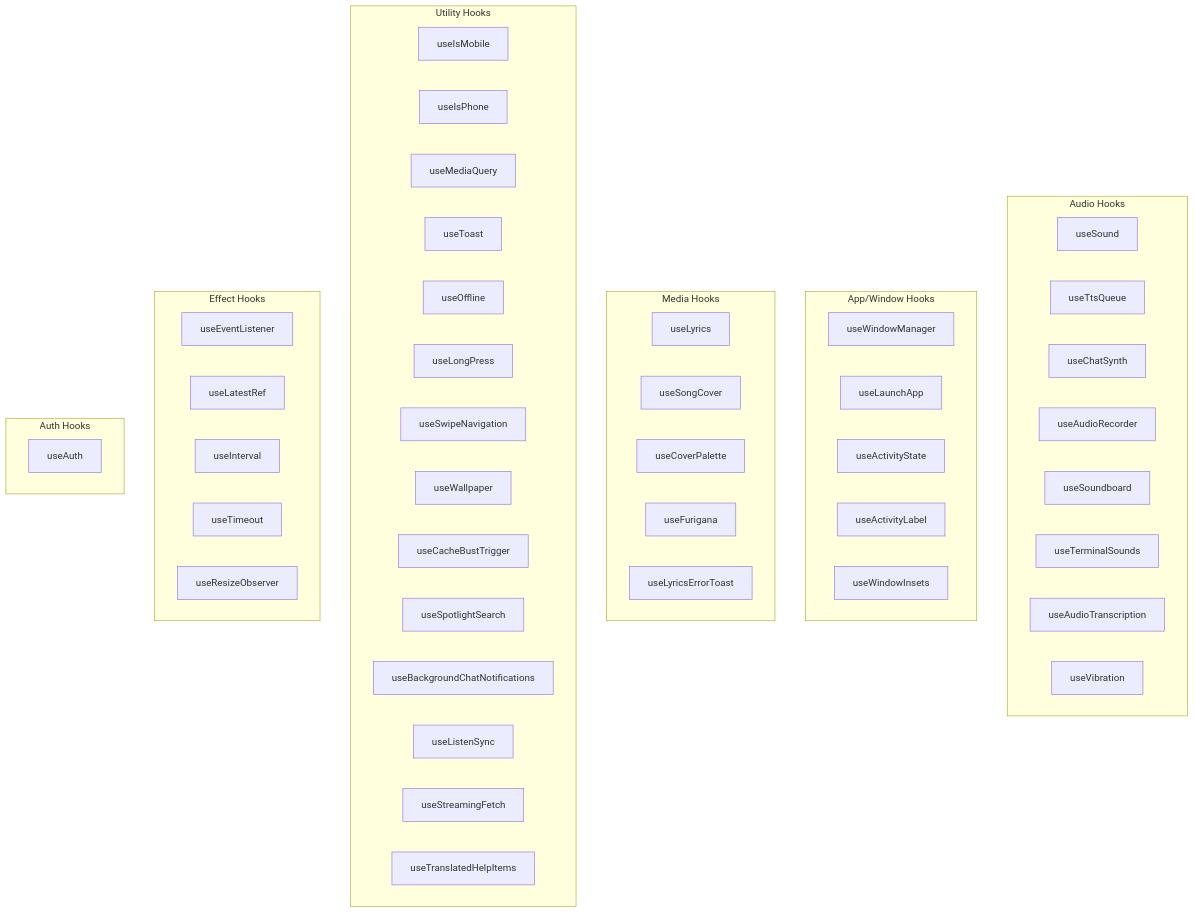
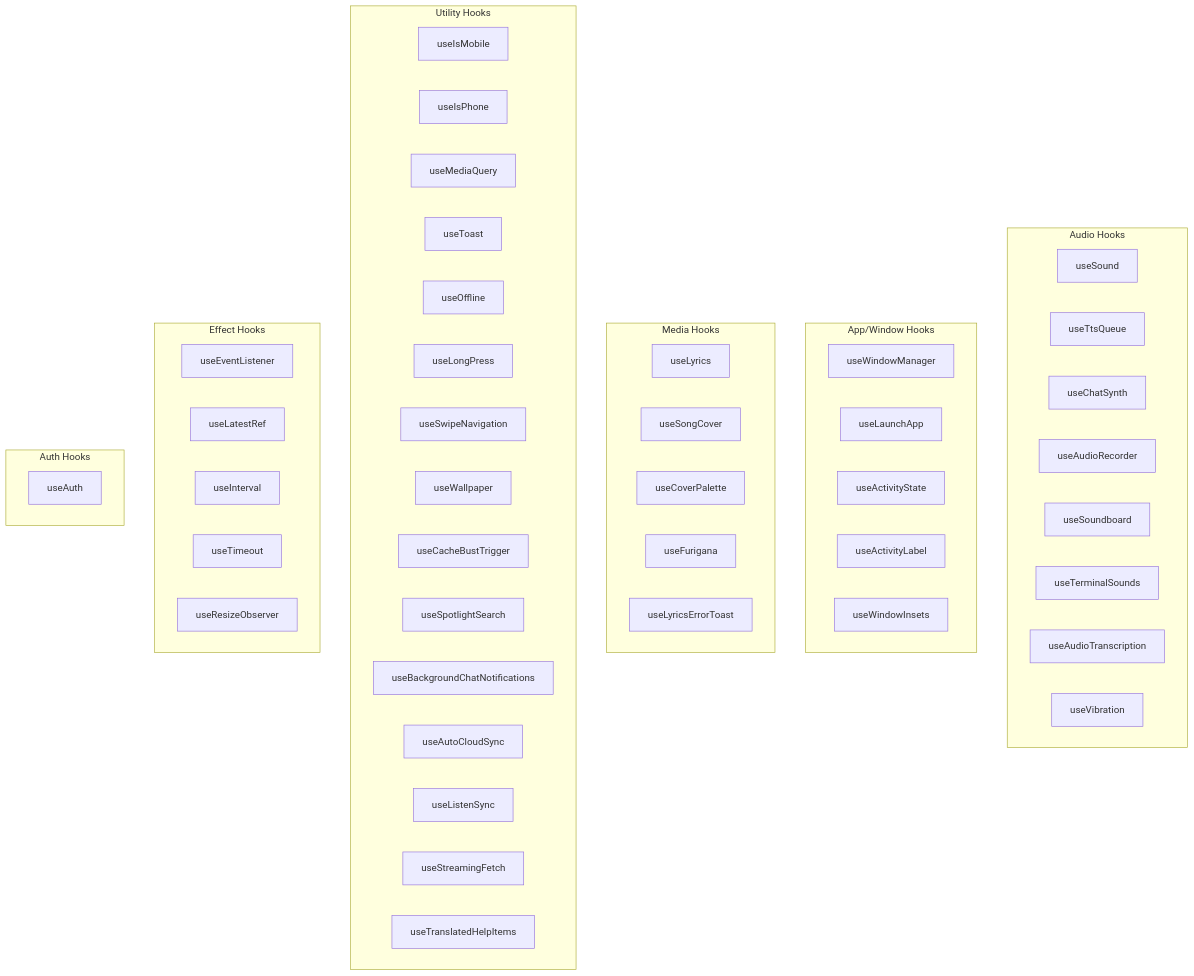
The first of 2 diagrams in docs/3.4-hooks-architecture.md (ryokun6/ryos), drawn with Mermaid before and after one commit. The commit also changed other lines of this file and 66 other files, not shown here.

````diff
--- a/docs/3.4-hooks-architecture.md
+++ b/docs/3.4-hooks-architecture.md
@@ -7,58 +7,59 @@
 ```mermaid
 graph TB
     subgraph Audio["Audio Hooks"]
         US[useSound]
         UTT[useTtsQueue]
         UCS[useChatSynth]
         UAR[useAudioRecorder]
         USB[useSoundboard]
         UTS[useTerminalSounds]
         UAT[useAudioTranscription]
         UV[useVibration]
     end
     
     subgraph Window["App/Window Hooks"]
         UWM[useWindowManager]
         ULA[useLaunchApp]
         UAS[useActivityState]
         UAL[useActivityLabel]
         UWI[useWindowInsets]
     end
     
     subgraph Media["Media Hooks"]
         UL[useLyrics]
         USC[useSongCover]
         UCP[useCoverPalette]
         UF[useFurigana]
         ULE[useLyricsErrorToast]
     end
     
     subgraph Utility["Utility Hooks"]
         UIM[useIsMobile]
         UIP[useIsPhone]
         UMQ[useMediaQuery]
         UT[useToast]
         UO[useOffline]
         ULP[useLongPress]
         USN[useSwipeNavigation]
         UW[useWallpaper]
         UCB[useCacheBustTrigger]
         USS[useSpotlightSearch]
         UBN[useBackgroundChatNotifications]
+        UAC[useAutoCloudSync]
         ULS[useListenSync]
         USF[useStreamingFetch]
         UTH[useTranslatedHelpItems]
     end
     
     subgraph Effect["Effect Hooks"]
         UEL[useEventListener]
         ULR[useLatestRef]
         UIT[useInterval]
         UTO[useTimeout]
         URO[useResizeObserver]
     end
     
     subgraph Auth["Auth Hooks"]
         UA[useAuth]
     end
 ```
````
